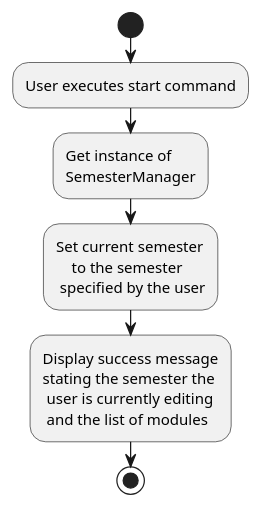
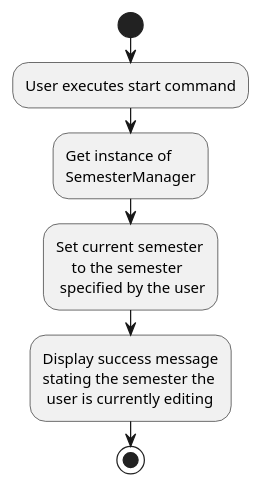
The diagram in docs/diagrams/StartSemesterActivityDiagram.puml (zhaolingshan/tp), drawn with PlantUML before and after one commit. The commit also changed 1 other file, not shown here.

```diff
--- a/docs/diagrams/StartSemesterActivityDiagram.puml
+++ b/docs/diagrams/StartSemesterActivityDiagram.puml
@@ -1,19 +1,18 @@
 @startuml
 start
 :User executes start command;
 
 'Since the beta syntax does not support placing the condition outside the
 'diamond we place it as the true branch instead.
-
+    
     :Get instance of 
     SemesterManager;
     :Set current semester
         to the semester 
      specified by the user;
     :Display success message
     stating the semester the 
-     user is currently editing
-     and the list of modules;
+     user is currently editing;
 
 stop
 @enduml
```
